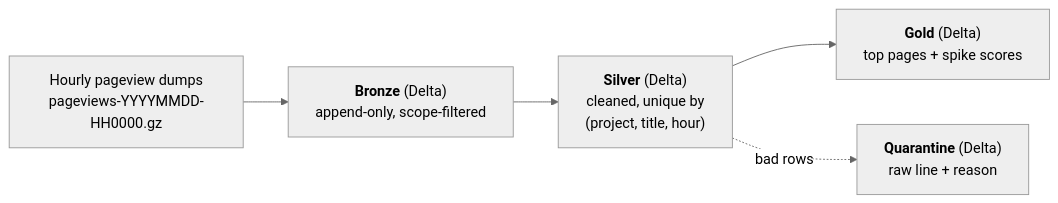
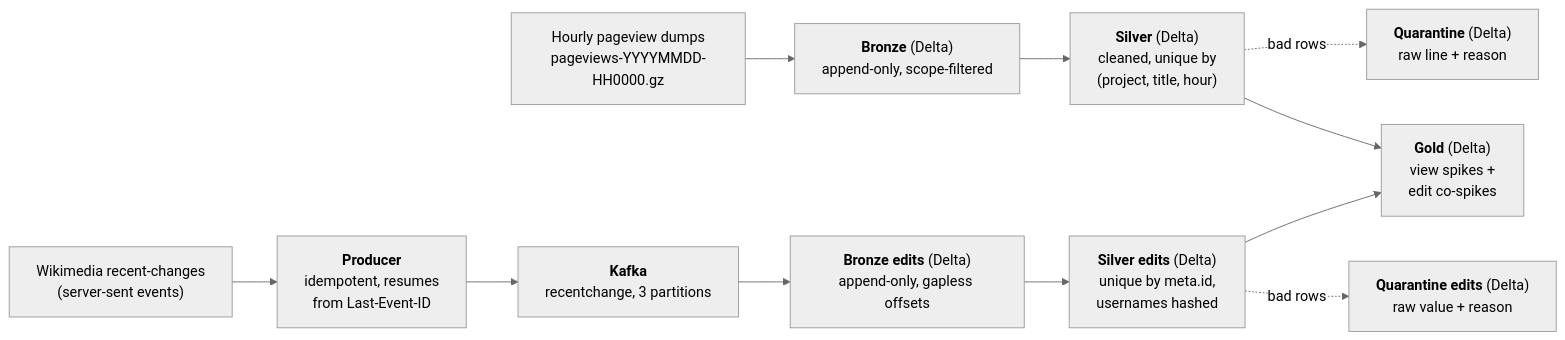
One commit to kumkumsareen1006/Vantage changed the diagram in README.md. Above: the diagram before and after it, drawn with Mermaid (neutral theme). The commit also changed other lines of this file and 10 other files, not shown here.

````diff
--- a/README.md
+++ b/README.md
@@ -21,8 +24,15 @@
 ```mermaid
 flowchart LR
     R["Hourly pageview dumps<br/>pageviews-YYYYMMDD-HH0000.gz"] --> B
     B["<b>Bronze</b> (Delta)<br/>append-only, scope-filtered"] --> S
     S["<b>Silver</b> (Delta)<br/>cleaned, unique by<br/>(project, title, hour)"] --> G
     S -. bad rows .-> Q["<b>Quarantine</b> (Delta)<br/>raw line + reason"]
-    G["<b>Gold</b> (Delta)<br/>top pages + spike scores"]
+
+    W["Wikimedia recent-changes<br/>(server-sent events)"] --> P["<b>Producer</b><br/>idempotent, resumes<br/>from Last-Event-ID"]
+    P --> K["<b>Kafka</b><br/>recentchange, 3 partitions"]
+    K --> BE["<b>Bronze edits</b> (Delta)<br/>append-only, gapless offsets"]
+    BE --> SE["<b>Silver edits</b> (Delta)<br/>unique by meta.id,<br/>usernames hashed"]
+    SE -. bad rows .-> QE["<b>Quarantine edits</b> (Delta)<br/>raw value + reason"]
+    SE --> G
+    G["<b>Gold</b> (Delta)<br/>view spikes +<br/>edit co-spikes"]
 ```
````
